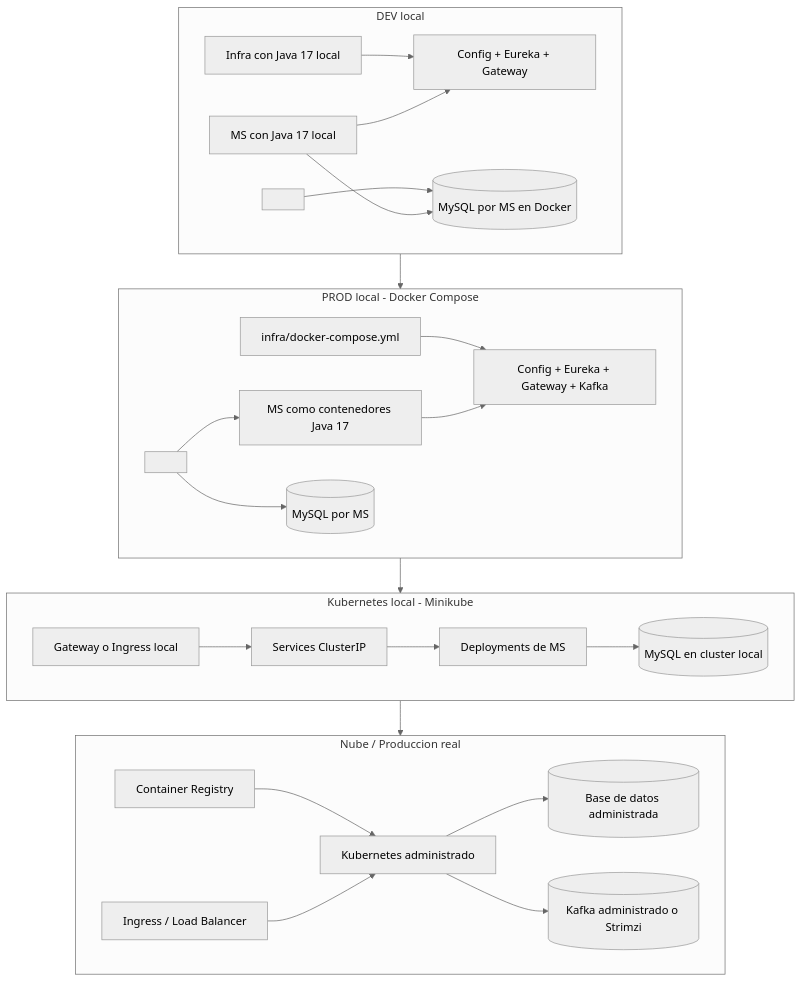
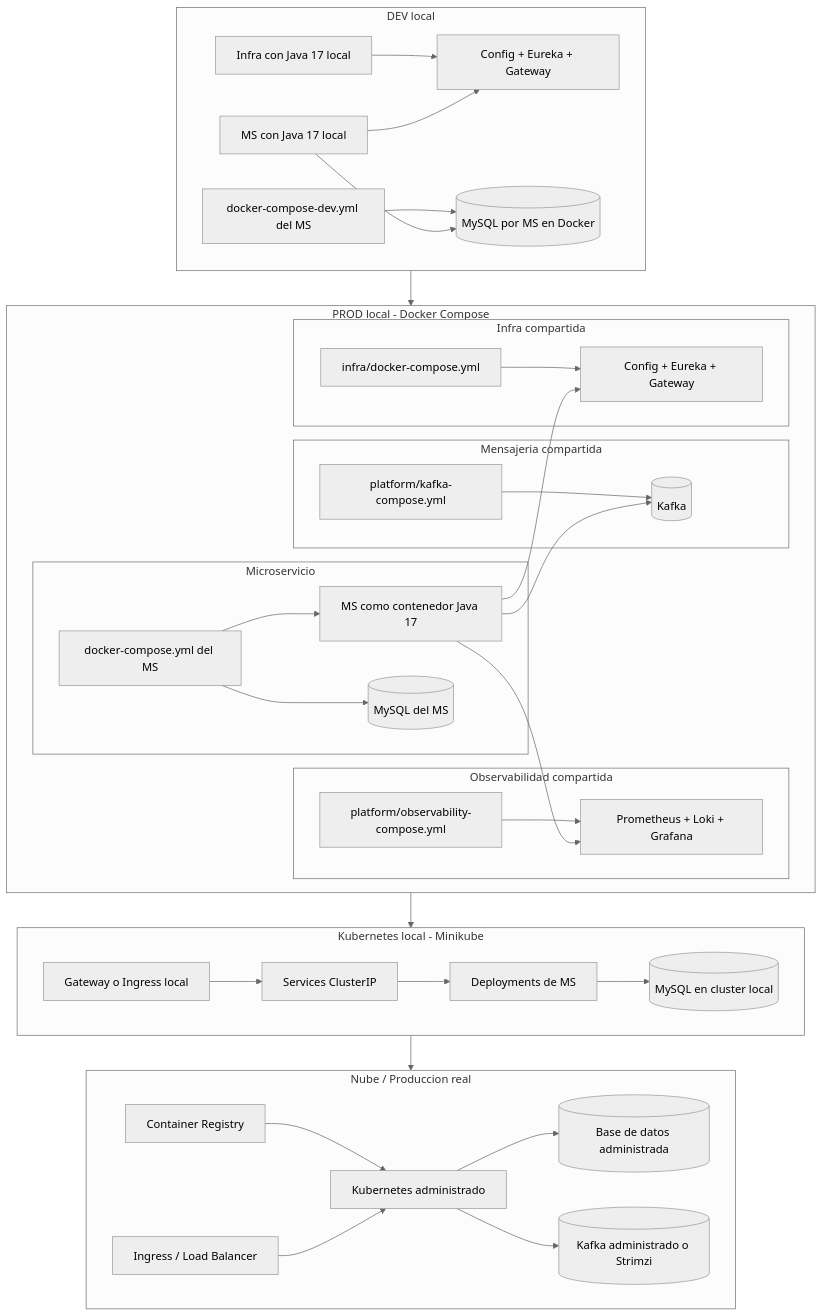
One commit to 262dist/pagatu changed the fifth of 5 diagrams in README.md. Above: the diagram before and after it, drawn with Mermaid (neutral theme). The commit also changed other lines of this file and 1 other file, not shown here.

````diff
--- a/README.md
+++ b/README.md
@@ -164,50 +162,70 @@
 ```mermaid
 flowchart TB
     subgraph dev[DEV local]
         devjava[MS con Java 17 local]
         devinfra[Infra con Java 17 local]
-        devmscompose[<ms>/docker-compose-dev.yml]
+        devmscompose[docker-compose-dev.yml del MS]
         devshared[Config + Eureka + Gateway]
         devmysql[(MySQL por MS en Docker)]
         devinfra --> devshared
         devmscompose --> devmysql
         devjava --> devshared
         devjava --> devmysql
     end
 
     subgraph compose[PROD local - Docker Compose]
-        infracompose[infra/docker-compose.yml]
-        mscompose[<ms>/docker-compose.yml]
-        composeinfra[Config + Eureka + Gateway + Kafka]
-        composems[MS como contenedores Java 17]
-        composedb[(MySQL por MS)]
-        infracompose --> composeinfra
-        mscompose --> composems
-        mscompose --> composedb
+        subgraph composeinfraBox[Infra compartida]
+            infracompose[infra/docker-compose.yml]
+            composeinfra[Config + Eureka + Gateway]
+            infracompose --> composeinfra
+        end
+
+        subgraph messagingBox[Mensajeria compartida]
+            kafkacompose[platform/kafka-compose.yml]
+            composekafka[(Kafka)]
+            kafkacompose --> composekafka
+        end
+
+        subgraph observabilityBox[Observabilidad compartida]
+            obscompose[platform/observability-compose.yml]
+            obsstack[Prometheus + Loki + Grafana]
+            obscompose --> obsstack
+        end
+
+        subgraph composemsBox[Microservicio]
+            mscompose[docker-compose.yml del MS]
+            composems[MS como contenedor Java 17]
+            composedb[(MySQL del MS)]
+            mscompose --> composems
+            mscompose --> composedb
+        end
+
         composems --> composeinfra
+        composems --> composekafka
+        composems --> obsstack
     end
 
     subgraph k8slocal[Kubernetes local - Minikube]
         k8sdeploy[Deployments de MS]
         k8ssvc[Services ClusterIP]
         k8sdb[(MySQL en cluster local)]
         k8sing[Gateway o Ingress local]
         k8sing --> k8ssvc
         k8ssvc --> k8sdeploy
         k8sdeploy --> k8sdb
     end
 
     subgraph cloud[Nube / Produccion real]
         cloudk8s[Kubernetes administrado]
         registry[Container Registry]
         manageddb[(Base de datos administrada)]
         managedkafka[(Kafka administrado o Strimzi)]
         ingress[Ingress / Load Balancer]
         registry --> cloudk8s
         ingress --> cloudk8s
         cloudk8s --> manageddb
         cloudk8s --> managedkafka
     end
 
     dev --> compose --> k8slocal --> cloud
 ```
````
